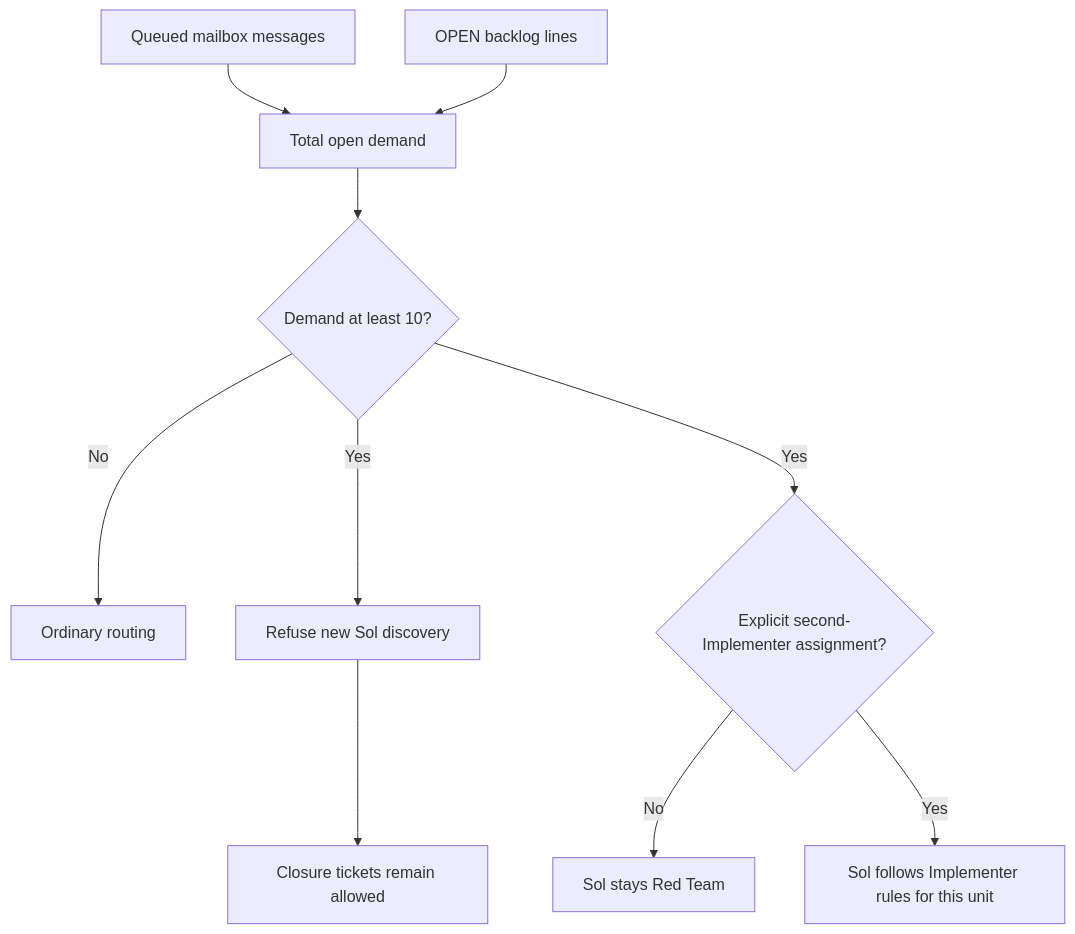
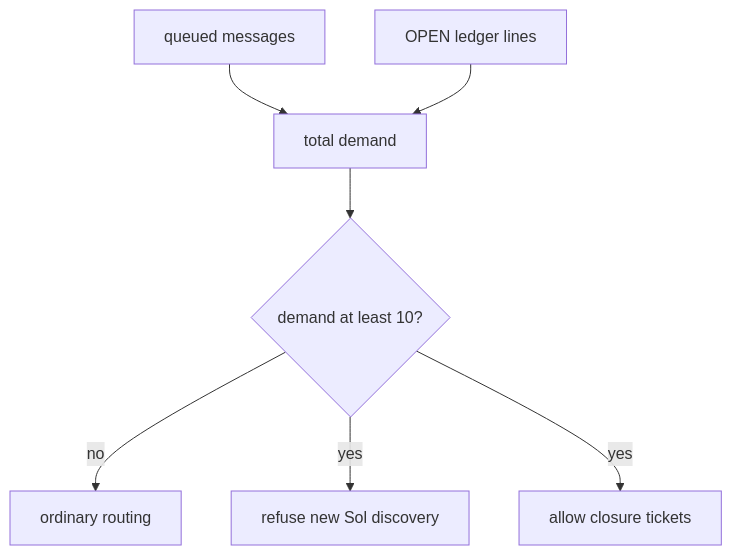
One commit to SBU-COSMOLIKE/emulators_code_v2 changed the sixth of 7 diagrams in ai/README.md. Above: the diagram before and after it, drawn with Mermaid. The commit also changed other lines of this file and 1 other file, not shown here.

````diff
--- a/ai/README.md
+++ b/ai/README.md
@@ -732,12 +717,9 @@
 ```mermaid
 flowchart TD
-  Q["Queued mailbox messages"] --> N["Total open demand"]
-  B["OPEN backlog lines"] --> N
-  N --> T{"Demand at least 10?"}
-  T -->|No| O["Ordinary routing"]
-  T -->|Yes| X["Refuse new Sol discovery"]
-  T -->|Yes| E{"Explicit second-Implementer assignment?"}
-  E -->|No| R["Sol stays Red Team"]
-  E -->|Yes| I["Sol follows Implementer rules for this unit"]
-  X --> C["Closure tickets remain allowed"]
+  Q["queued messages"] --> N["total demand"]
+  B["OPEN ledger lines"] --> N
+  N --> T{"demand at least 10?"}
+  T -->|"no"| O["ordinary routing"]
+  T -->|"yes"| X["refuse new Sol discovery"]
+  T -->|"yes"| C["allow closure tickets"]
 ```
````
